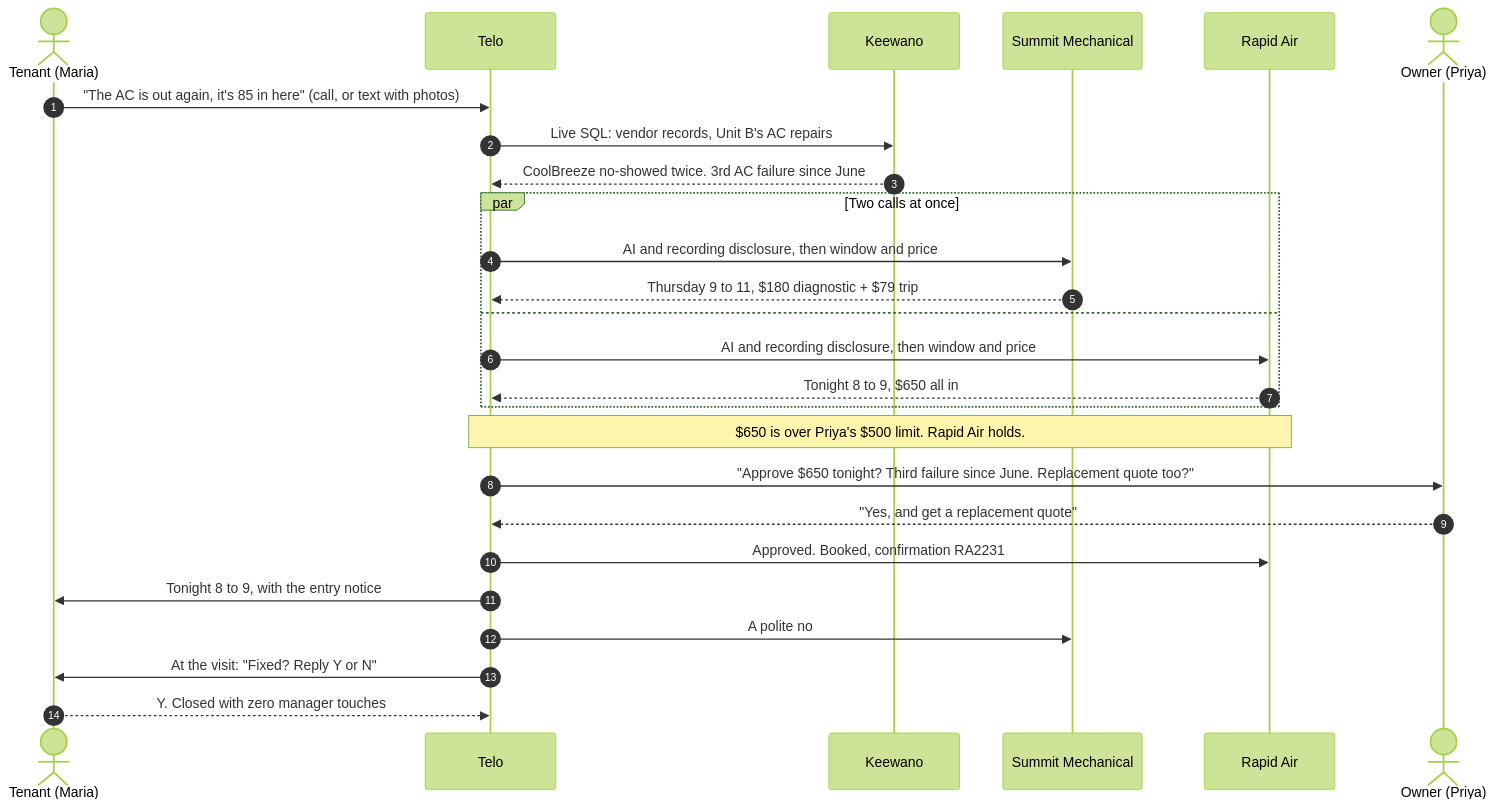
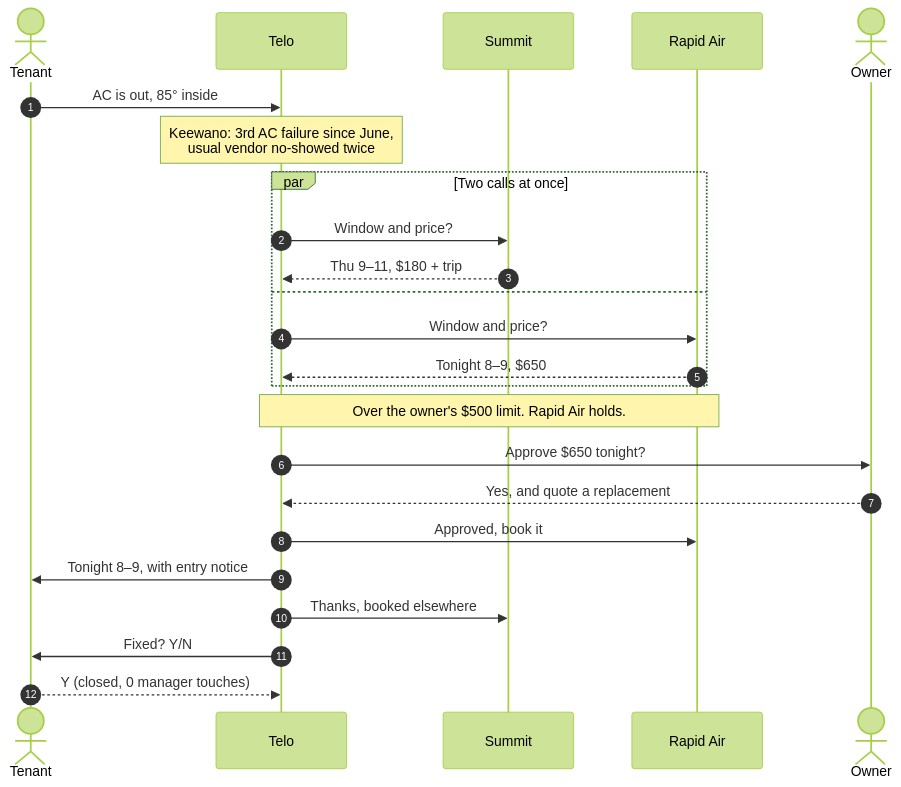
Before and after one commit to dylann4500/Telo: the first of 2 diagrams in README.md, drawn with Mermaid (forest theme). The commit also changed other lines of this file and 5 other files, not shown here.

First line of the commit message:
Show the real dashboard in the README and make the diagrams readable

````diff
--- a/README.md
+++ b/README.md
@@ -26,29 +38,27 @@
 ```mermaid
 sequenceDiagram
     autonumber
-    actor T as Tenant (Maria)
+    actor T as Tenant
     participant Telo
-    participant K as Keewano
-    participant S as Summit Mechanical
+    participant S as Summit
     participant R as Rapid Air
-    actor O as Owner (Priya)
+    actor O as Owner
 
-    T->>Telo: "The AC is out again, it's 85 in here" (call, or text with photos)
-    Telo->>K: Live SQL: vendor records, Unit B's AC repairs
-    K-->>Telo: CoolBreeze no-showed twice. 3rd AC failure since June
+    T->>Telo: AC is out, 85° inside
+    Note over Telo: Keewano: 3rd AC failure since June,<br/>usual vendor no-showed twice
     par Two calls at once
-        Telo->>S: AI and recording disclosure, then window and price
-        S-->>Telo: Thursday 9 to 11, $180 diagnostic + $79 trip
+        Telo->>S: Window and price?
+        S-->>Telo: Thu 9–11, $180 + trip
     and
-        Telo->>R: AI and recording disclosure, then window and price
-        R-->>Telo: Tonight 8 to 9, $650 all in
+        Telo->>R: Window and price?
+        R-->>Telo: Tonight 8–9, $650
     end
-    Note over Telo,R: $650 is over Priya's $500 limit. Rapid Air holds.
-    Telo->>O: "Approve $650 tonight? Third failure since June. Replacement quote too?"
-    O-->>Telo: "Yes, and get a replacement quote"
-    Telo->>R: Approved. Booked, confirmation RA2231
-    Telo->>T: Tonight 8 to 9, with the entry notice
-    Telo->>S: A polite no
-    Telo->>T: At the visit: "Fixed? Reply Y or N"
-    T-->>Telo: Y. Closed with zero manager touches
+    Note over Telo,R: Over the owner's $500 limit. Rapid Air holds.
+    Telo->>O: Approve $650 tonight?
+    O-->>Telo: Yes, and quote a replacement
+    Telo->>R: Approved, book it
+    Telo->>T: Tonight 8–9, with entry notice
+    Telo->>S: Thanks, booked elsewhere
+    Telo->>T: Fixed? Y/N
+    T-->>Telo: Y (closed, 0 manager touches)
 ```
````
